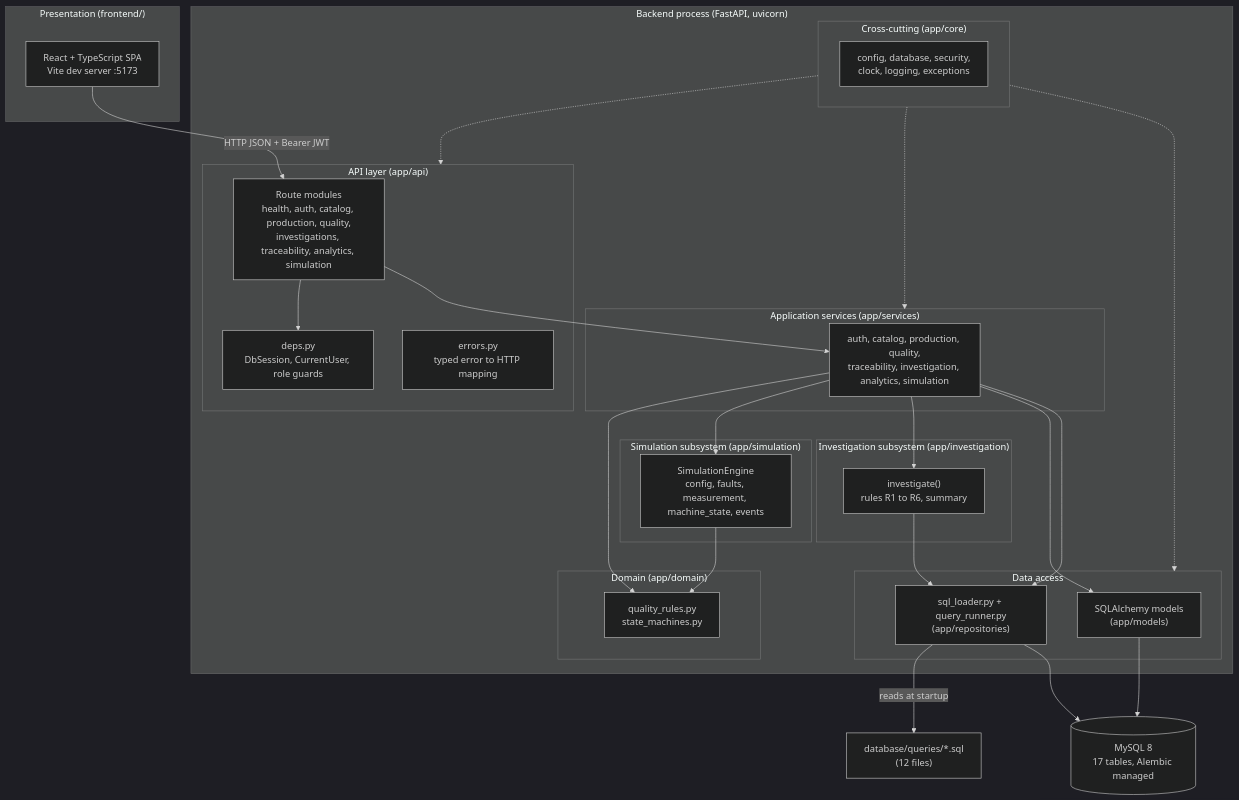
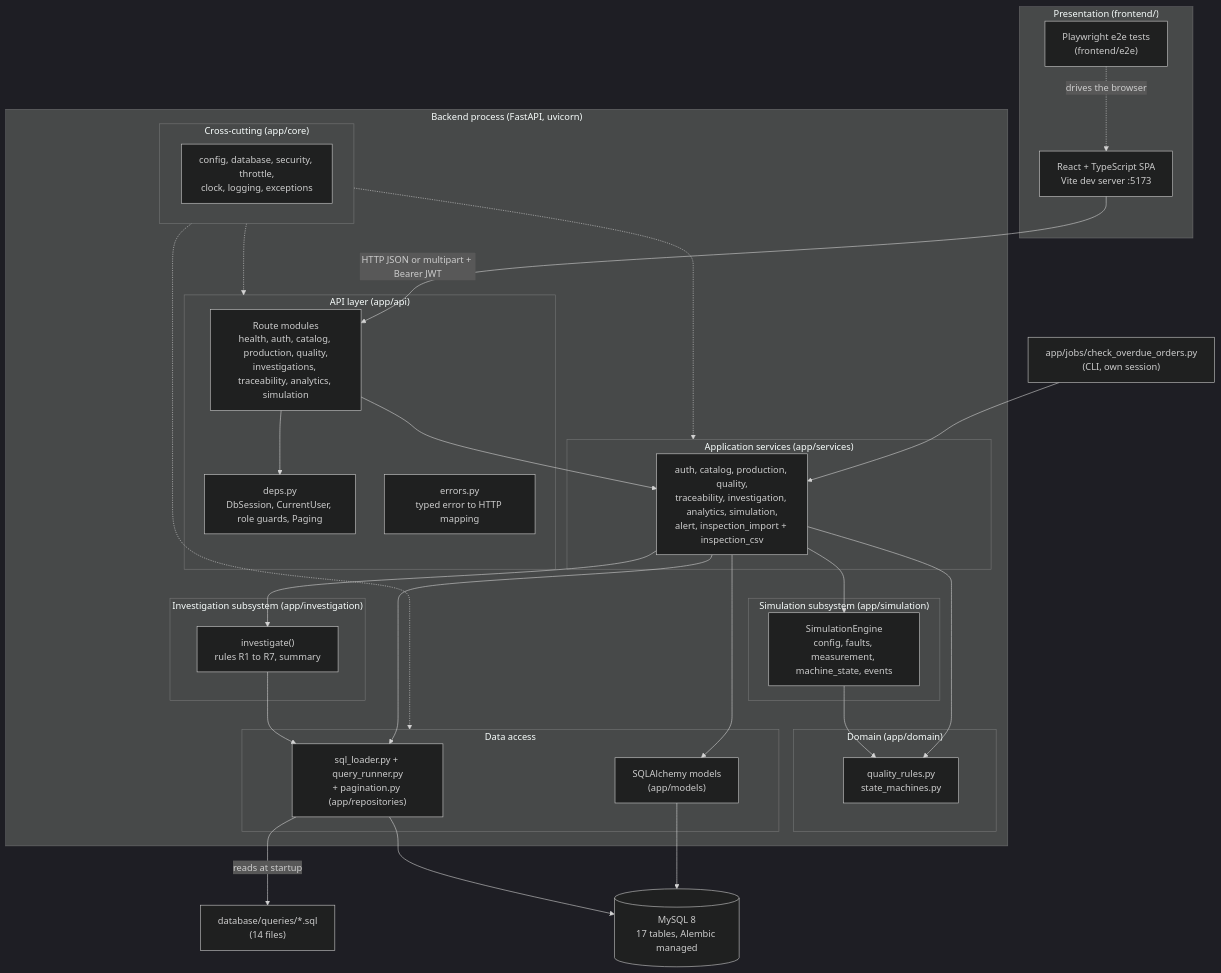
The diagram in docs/media/diagrams/system-architecture.mmd (shritej6/factory-sherlock), drawn with Mermaid (dark theme) before and after one commit. The commit also changed 7 other files, not shown here.

Commit message:
docs(architecture): describe pagination, import, overdue alerts, R7, throttle, and the e2e layer

```diff
--- a/docs/media/diagrams/system-architecture.mmd
+++ b/docs/media/diagrams/system-architecture.mmd
@@ -1,53 +1,57 @@
 %% High-level system architecture for Factory Sherlock.
 %% Embedded in docs/architecture/system-overview.md; keep both copies in sync.
 flowchart TB
     subgraph Presentation["Presentation (frontend/)"]
         SPA["React + TypeScript SPA<br/>Vite dev server :5173"]
+        E2E["Playwright e2e tests<br/>(frontend/e2e)"]
     end
 
     subgraph Backend["Backend process (FastAPI, uvicorn)"]
         subgraph API["API layer (app/api)"]
             Routes["Route modules<br/>health, auth, catalog, production, quality,<br/>investigations, traceability, analytics, simulation"]
-            Deps["deps.py<br/>DbSession, CurrentUser, role guards"]
+            Deps["deps.py<br/>DbSession, CurrentUser, role guards, Paging"]
             Errors["errors.py<br/>typed error to HTTP mapping"]
         end
         subgraph Services["Application services (app/services)"]
-            Svc["auth, catalog, production, quality,<br/>traceability, investigation, analytics, simulation"]
+            Svc["auth, catalog, production, quality,<br/>traceability, investigation, analytics, simulation,<br/>alert, inspection_import + inspection_csv"]
         end
         subgraph Domain["Domain (app/domain)"]
             Rules["quality_rules.py<br/>state_machines.py"]
         end
         subgraph Sim["Simulation subsystem (app/simulation)"]
             Engine["SimulationEngine<br/>config, faults, measurement, machine_state, events"]
         end
         subgraph Inv["Investigation subsystem (app/investigation)"]
-            InvEngine["investigate()<br/>rules R1 to R6, summary"]
+            InvEngine["investigate()<br/>rules R1 to R7, summary"]
         end
         subgraph Data["Data access"]
             ORM["SQLAlchemy models<br/>(app/models)"]
-            Runner["sql_loader.py + query_runner.py<br/>(app/repositories)"]
+            Runner["sql_loader.py + query_runner.py<br/>+ pagination.py (app/repositories)"]
         end
         subgraph Core["Cross-cutting (app/core)"]
-            Cfg["config, database, security,<br/>clock, logging, exceptions"]
+            Cfg["config, database, security, throttle,<br/>clock, logging, exceptions"]
         end
     end
 
-    Files["database/queries/*.sql<br/>(12 files)"]
+    Jobs["app/jobs/check_overdue_orders.py<br/>(CLI, own session)"]
+    Files["database/queries/*.sql<br/>(14 files)"]
     DB[("MySQL 8<br/>17 tables, Alembic managed")]
 
-    SPA -->|"HTTP JSON + Bearer JWT"| Routes
+    SPA -->|"HTTP JSON or multipart + Bearer JWT"| Routes
+    E2E -.->|"drives the browser"| SPA
     Routes --> Deps
     Routes --> Svc
+    Jobs --> Svc
     Svc --> Rules
     Svc --> Engine
     Svc --> InvEngine
     Engine --> Rules
     Svc --> ORM
     Svc --> Runner
     InvEngine --> Runner
     Runner -->|"reads at startup"| Files
     ORM --> DB
     Runner --> DB
     Core -.-> API
     Core -.-> Services
     Core -.-> Data
```
